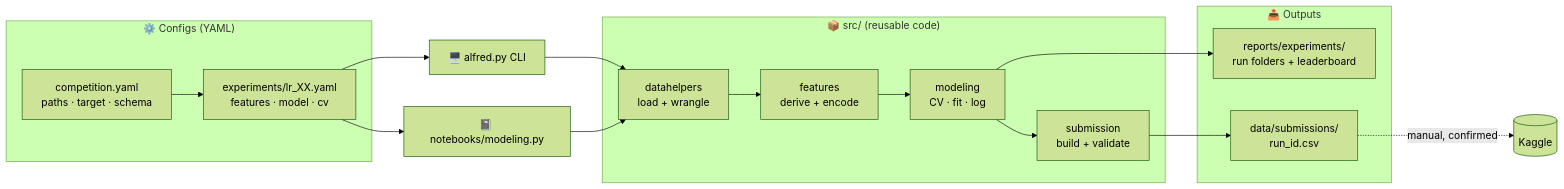
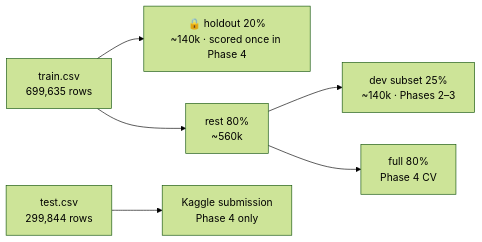
One commit to seekshreyas/kaggle-airline-satisfaction changed the diagram in plan/01_modeling_pipeline.md. Above: the diagram before and after it, drawn with Mermaid (forest theme). The commit also changed other lines of this file and 25 other files, not shown here.

````diff
--- a/plan/01_modeling_pipeline.md
+++ b/plan/01_modeling_pipeline.md
@@ -17,27 +109,8 @@
 ```mermaid
 flowchart LR
-    subgraph CFG["⚙️ Configs (YAML)"]
-        C1["competition.yaml<br/>paths · target · schema"]
-        C2["experiments/lr_XX.yaml<br/>features · model · cv"]
-    end
-    subgraph SRC["📦 src/ (reusable code)"]
-        D["datahelpers<br/>load + wrangle"]
-        F["features<br/>derive + encode"]
-        M["modeling<br/>CV · fit · log"]
-        S["submission<br/>build + validate"]
-    end
-    subgraph OUT["📤 Outputs"]
-        R["reports/experiments/<br/>run folders + leaderboard"]
-        SUB["data/submissions/<br/>run_id.csv"]
-    end
-    CLI["🖥️ alfred.py CLI"]
-    NB["📓 notebooks/modeling.py"]
-    K[("Kaggle")]
-
-    C1 --> C2
-    C2 --> CLI & NB
-    CLI & NB --> D --> F --> M --> S
-    M --> R
-    S --> SUB
-    SUB -. "manual, confirmed" .-> K
+    T["train.csv<br/>699,635 rows"] --> H["🔒 holdout 20%<br/>~140k · scored once in Phase 4"]
+    T --> R["rest 80%<br/>~560k"]
+    R --> D["dev subset 25%<br/>~140k · Phases 2–3"]
+    R --> F["full 80%<br/>Phase 4 CV"]
+    K["test.csv<br/>299,844 rows"] --> S["Kaggle submission<br/>Phase 4 only"]
 ```
````
